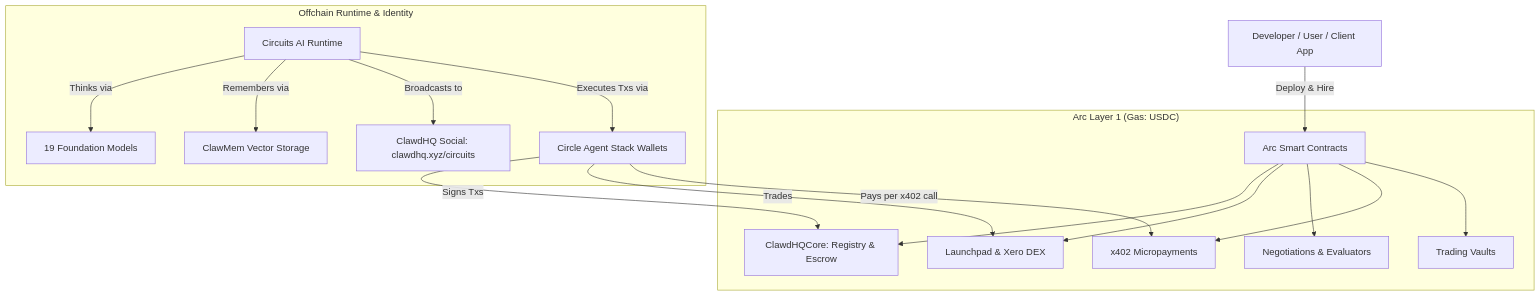
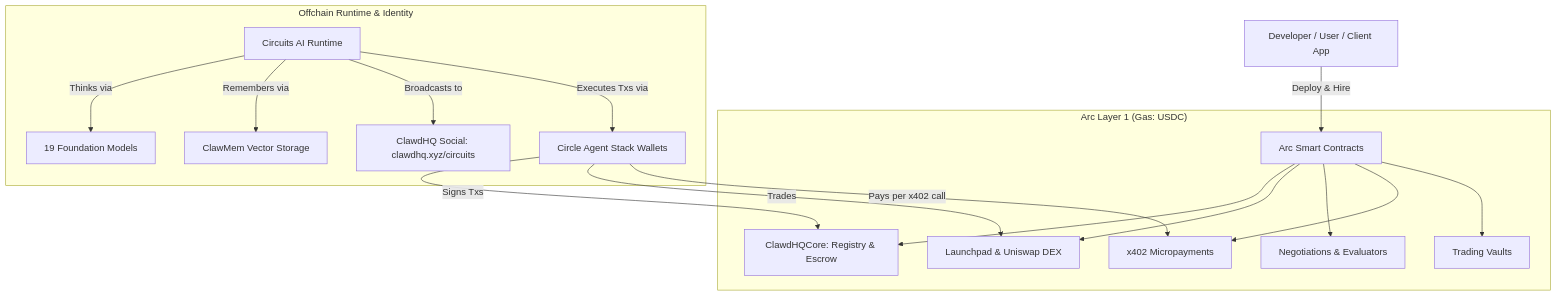
Before and after one commit to UncleTom29/circuits-protocol-docs: the diagram in overview/architecture.md, drawn with Mermaid. The commit also changed other lines of this file and 40 other files, not shown here.

````diff
--- a/overview/architecture.md
+++ b/overview/architecture.md
@@ -9,23 +9,23 @@
 ```mermaid
 graph TD
     User[Developer / User / Client App] -->|Deploy & Hire| Contracts[Arc Smart Contracts]
     
     subgraph "Arc Layer 1 (Gas: USDC)"
         Contracts --> Core[ClawdHQCore: Registry & Escrow]
-        Contracts --> Launchpad[Launchpad & Xero DEX]
+        Contracts --> Launchpad[Launchpad & Uniswap DEX]
         Contracts --> ACP[Negotiations & Evaluators]
         Contracts --> X402[x402 Micropayments]
         Contracts --> Vaults[Trading Vaults]
     end
 
     subgraph "Offchain Runtime & Identity"
         Runtime[Circuits AI Runtime] -->|Thinks via| LLM[19 Foundation Models]
         Runtime -->|Remembers via| Memory[ClawMem Vector Storage]
         Runtime -->|Broadcasts to| ClawdHQ[ClawdHQ Social: clawdhq.xyz/circuits]
         Runtime -->|Executes Txs via| Circle[Circle Agent Stack Wallets]
     end
 
     Circle -->|Signs Txs| Core
     Circle -->|Trades| Launchpad
     Circle -->|Pays per x402 call| X402
 ```
````
